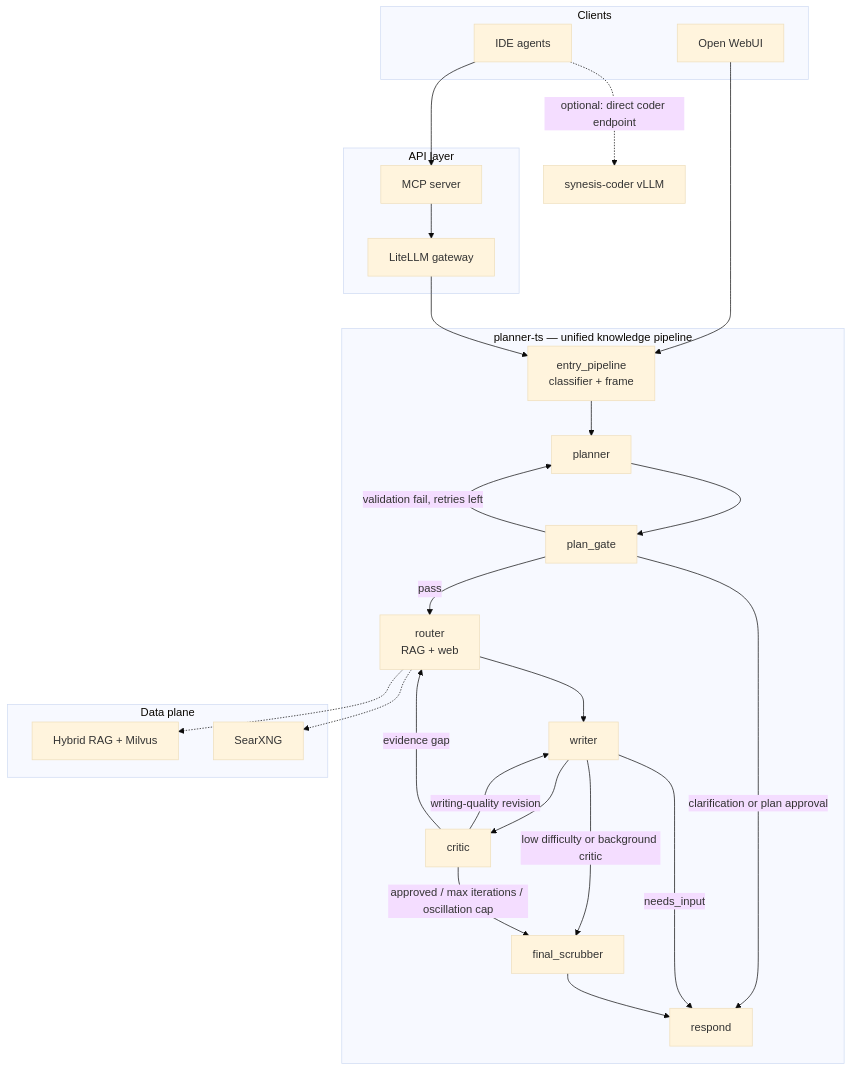
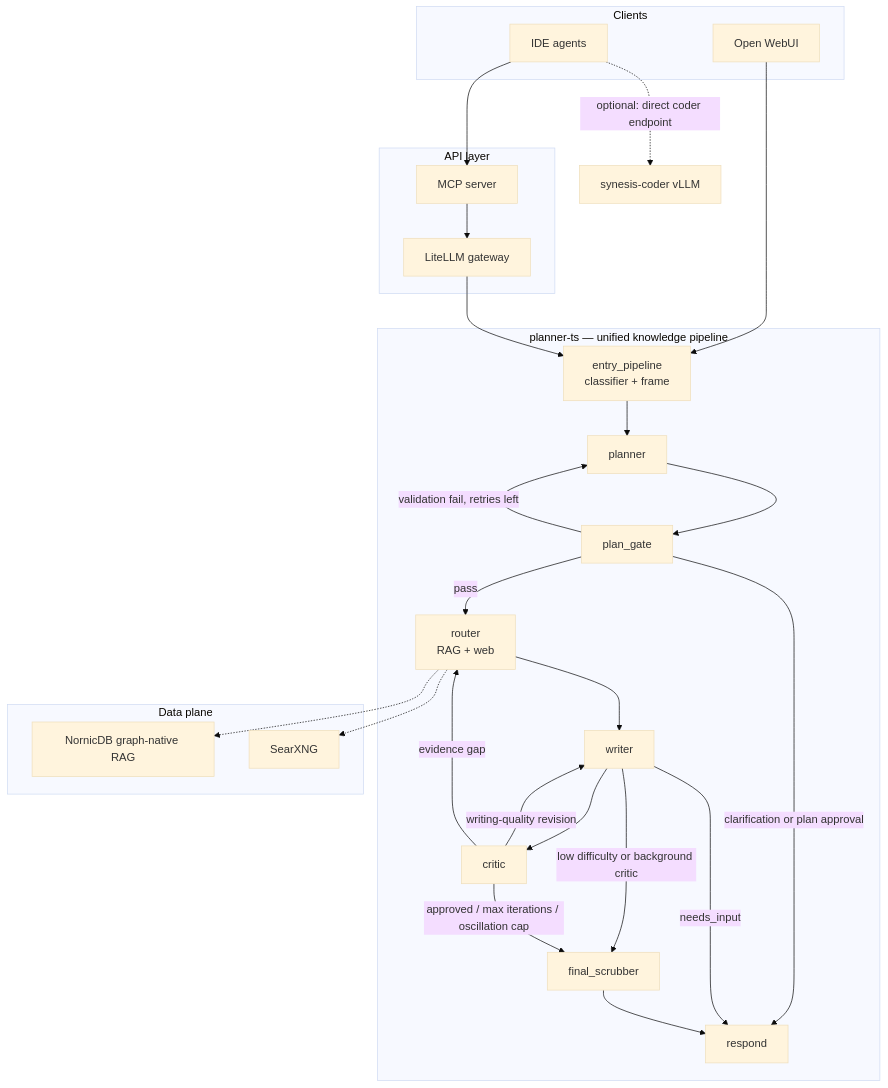
One commit to supernovae/synesis changed the diagram in README.md. Above: the diagram before and after it, drawn with Mermaid (base theme). The commit also changed other lines of this file and 78 other files, not shown here.

Commit message:
Harden RAG authz and document NornicDB migration

````diff
--- a/README.md
+++ b/README.md
@@ -50,49 +50,49 @@
 ```mermaid
 flowchart TD
     subgraph clients [Clients]
         WebUI[Open WebUI]
         IDE[IDE agents]
     end
 
     subgraph gateway [API layer]
         LiteLLM[LiteLLM gateway]
         MCP[MCP server]
     end
 
     subgraph graph [planner-ts — unified knowledge pipeline]
         EP[entry_pipeline\nclassifier + frame]
         PL[planner]
         PG[plan_gate]
         RT[router\nRAG + web]
         WR[writer]
         CR[critic]
         FS[final_scrubber]
         RS[respond]
     end
 
     subgraph support [Data plane]
-        RAG[Hybrid RAG + Milvus]
+        RAG[NornicDB graph-native RAG]
         WEB[SearXNG]
     end
 
     WebUI --> EP
     IDE --> MCP
     IDE -.->|optional: direct coder endpoint| CoderEP[synesis-coder vLLM]
     MCP --> LiteLLM
     LiteLLM --> EP
     EP --> PL --> PG
     PG -->|validation fail, retries left| PL
     PG -->|clarification or plan approval| RS
     PG -->|pass| RT
     RT --> WR
     WR -->|needs_input| RS
     WR -->|low difficulty or background critic| FS
     WR --> CR
     CR -->|writing-quality revision| WR
     CR -->|evidence gap| RT
     CR -->|approved / max iterations / oscillation cap| FS
     FS --> RS
 
     RT -.-> RAG
     RT -.-> WEB
 ```
````
